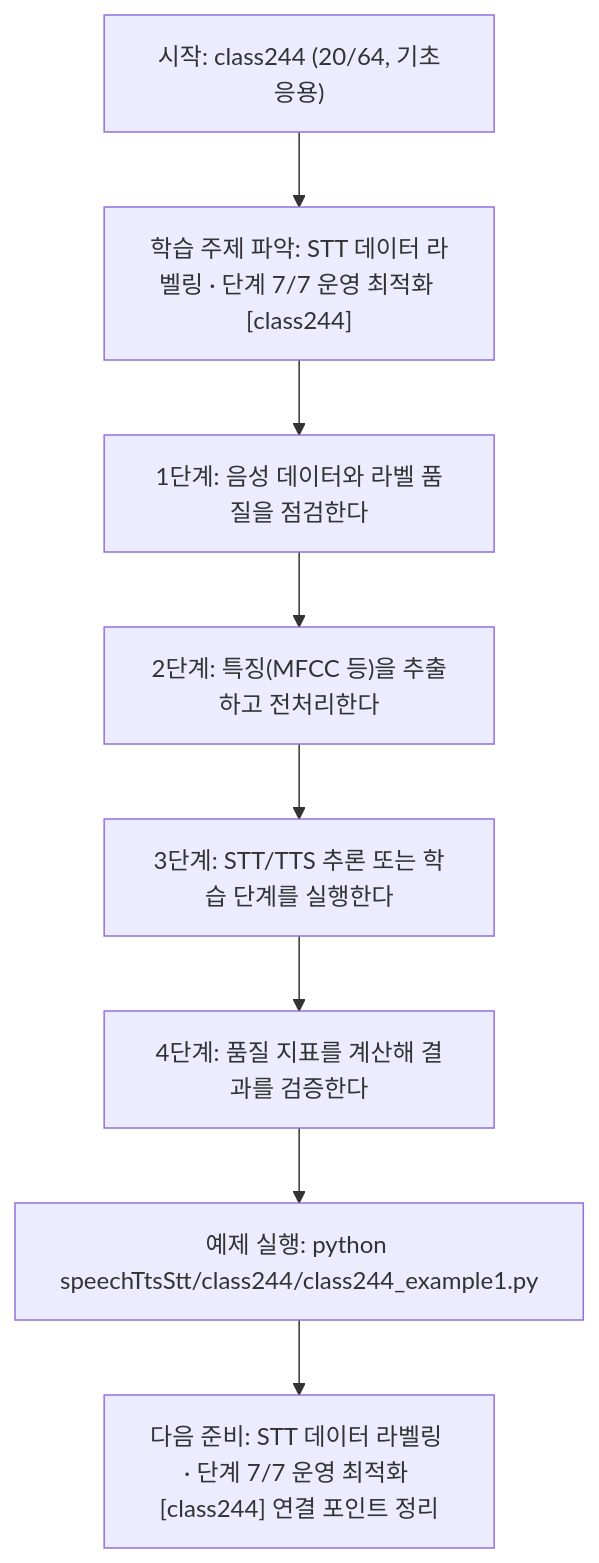
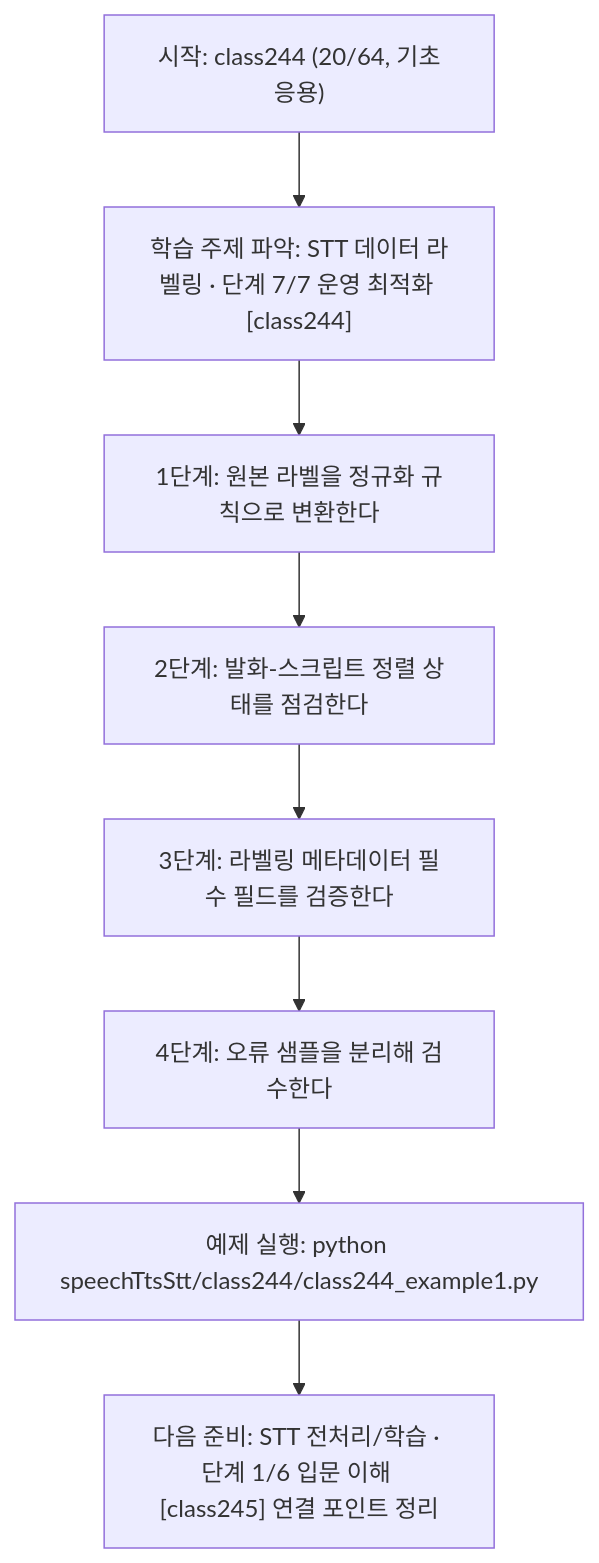
Before and after one commit to edumgt/Python-AI_Agent-Class: the diagram in speechTtsStt/class244/class244.md, drawn with Mermaid. The commit also changed other lines of this file and 1122 other files, not shown here.

````diff
--- a/speechTtsStt/class244/class244.md
+++ b/speechTtsStt/class244/class244.md
@@ -114,18 +95,18 @@
 ```mermaid
 flowchart TD
 N1["시작: class244 (20/64, 기초응용)"]
 N2["학습 주제 파악: STT 데이터 라벨링 · 단계 7/7 운영 최적화 [class244]"]
-N3["1단계: 음성 데이터와 라벨 품질을 점검한다"]
-N4["2단계: 특징(MFCC 등)을 추출하고 전처리한다"]
-N5["3단계: STT/TTS 추론 또는 학습 단계를 실행한다"]
-N6["4단계: 품질 지표를 계산해 결과를 검증한다"]
+N3["1단계: 원본 라벨을 정규화 규칙으로 변환한다"]
+N4["2단계: 발화-스크립트 정렬 상태를 점검한다"]
+N5["3단계: 라벨링 메타데이터 필수 필드를 검증한다"]
+N6["4단계: 오류 샘플을 분리해 검수한다"]
 N7["예제 실행: python speechTtsStt/class244/class244_example1.py"]
-N8["다음 준비: STT 데이터 라벨링 · 단계 7/7 운영 최적화 [class244] 연결 포인트 정리"]
+N8["다음 준비: STT 전처리/학습 · 단계 1/6 입문 이해 [class245] 연결 포인트 정리"]
 N1 --> N2
 N2 --> N3
 N3 --> N4
 N4 --> N5
 N5 --> N6
 N6 --> N7
 N7 --> N8
 ```
````
